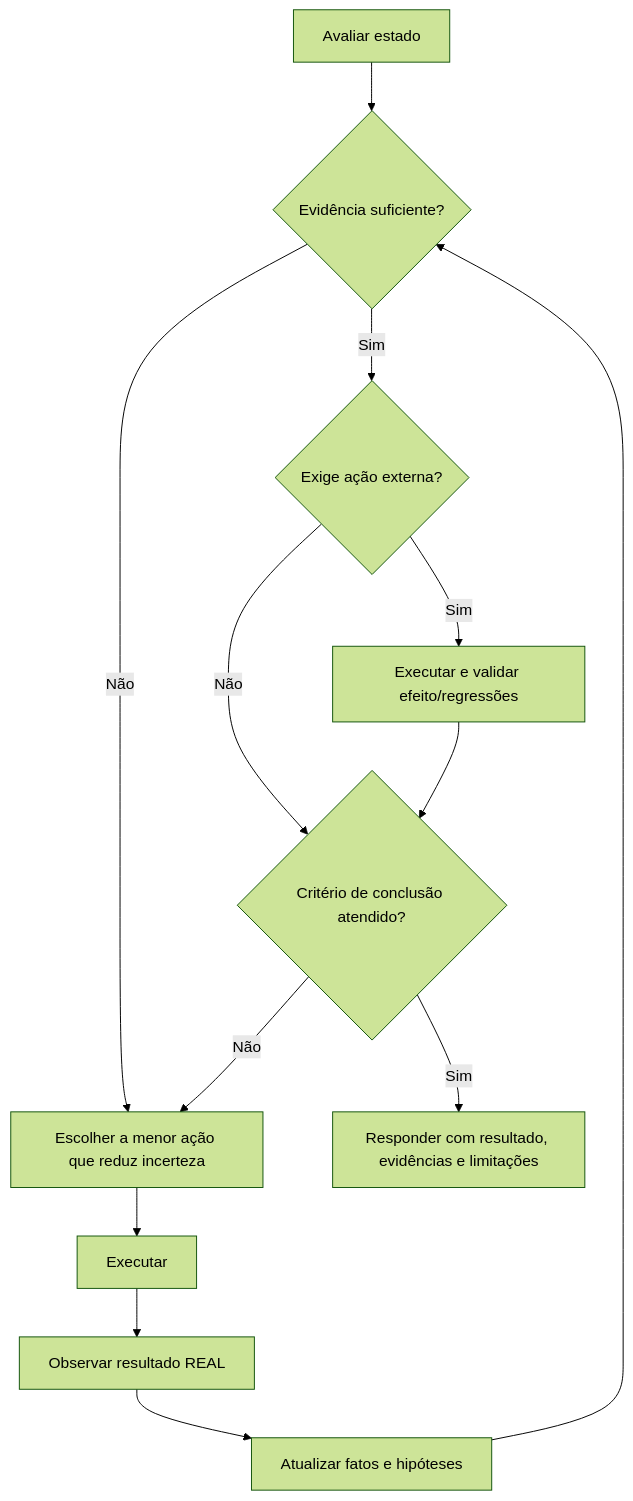
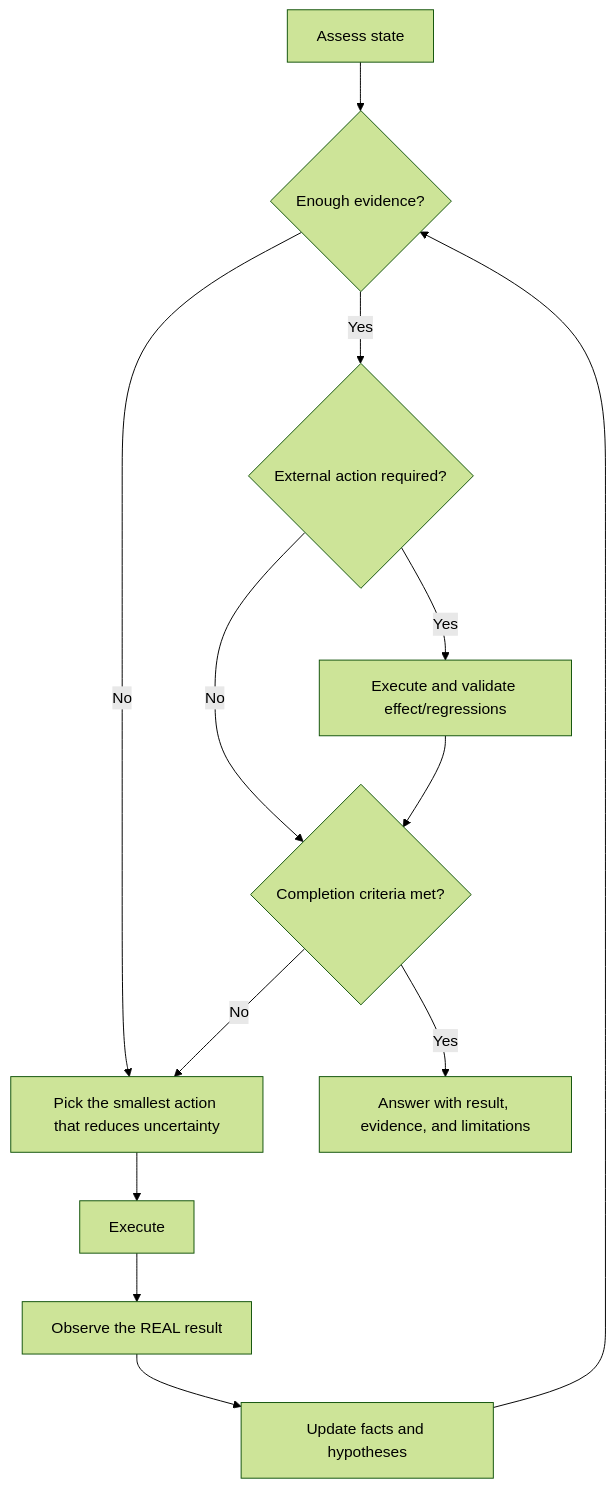
The diagram in dist/.agents/skills/pelizzai-reasoning/techniques/react.md (rpelizza/PelizzAI), drawn with Mermaid (forest theme) before and after one commit. The commit also changed other lines of this file and 362 other files, not shown here.

````diff
--- a/dist/.agents/skills/pelizzai-reasoning/techniques/react.md
+++ b/dist/.agents/skills/pelizzai-reasoning/techniques/react.md
@@ -28,15 +29,15 @@
 ```mermaid
 flowchart TD
-    A[Avaliar estado] --> B{Evidência suficiente?}
-    B -- Não --> C[Escolher a menor ação que reduz incerteza]
-    C --> D[Executar]
-    D --> E[Observar resultado REAL]
-    E --> F[Atualizar fatos e hipóteses]
+    A[Assess state] --> B{Enough evidence?}
+    B -- No --> C[Pick the smallest action that reduces uncertainty]
+    C --> D[Execute]
+    D --> E[Observe the REAL result]
+    E --> F[Update facts and hypotheses]
     F --> B
-    B -- Sim --> G{Exige ação externa?}
-    G -- Sim --> H[Executar e validar efeito/regressões]
-    G -- Não --> I{Critério de conclusão atendido?}
+    B -- Yes --> G{External action required?}
+    G -- Yes --> H[Execute and validate effect/regressions]
+    G -- No --> I{Completion criteria met?}
     H --> I
-    I -- Não --> C
-    I -- Sim --> J[Responder com resultado, evidências e limitações]
+    I -- No --> C
+    I -- Yes --> J[Answer with result, evidence, and limitations]
 ```
````
